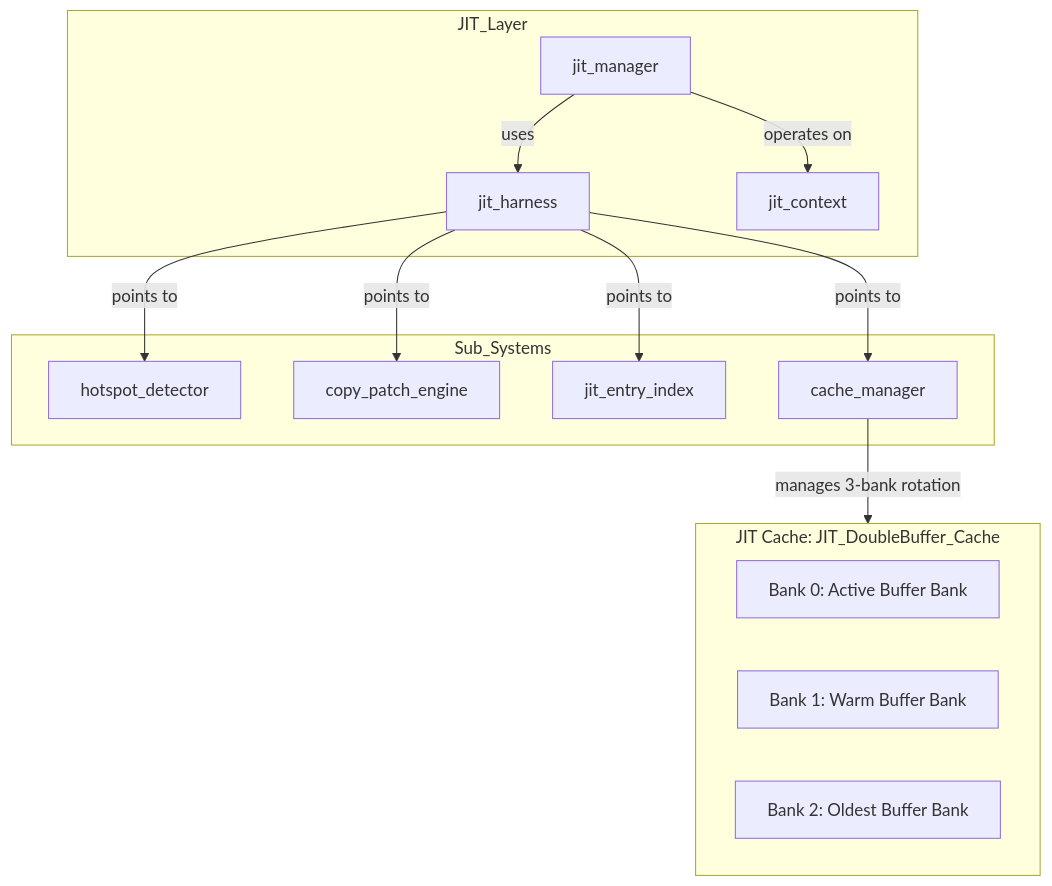
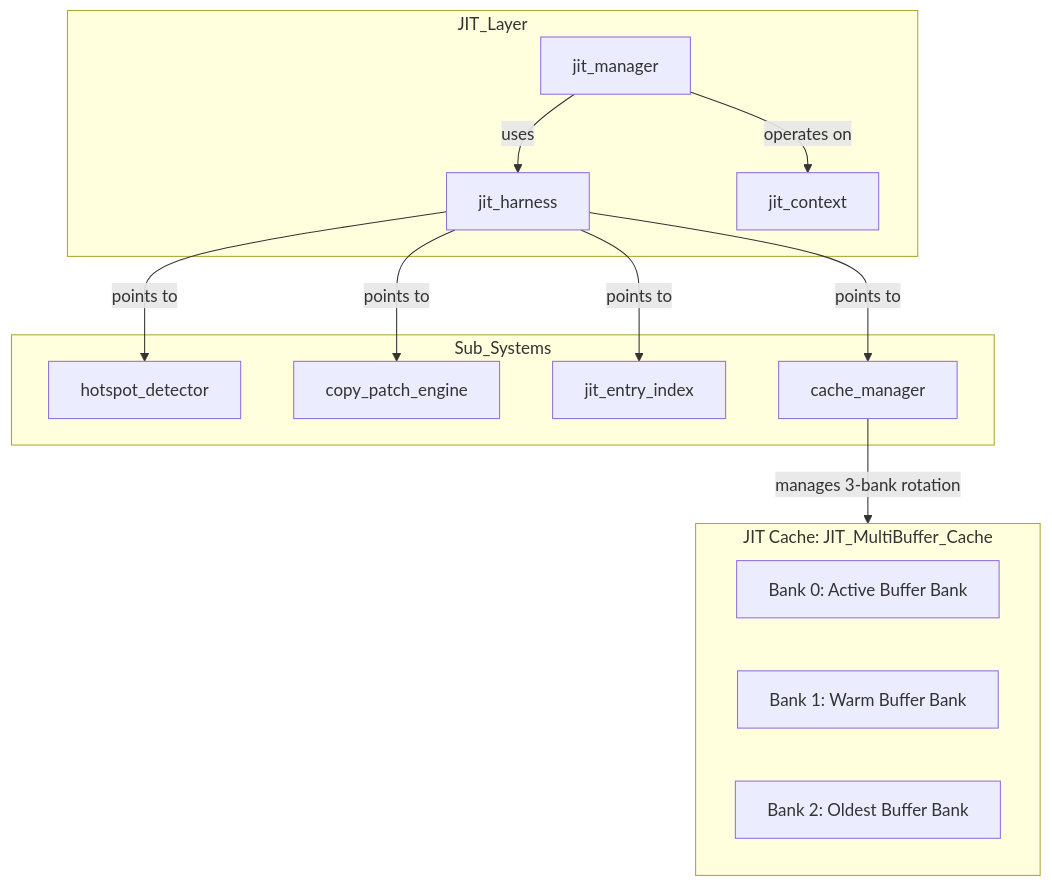
Before and after one commit to kmt-t/fireball: the first of 3 diagrams in docs/components/tier2_jit/jit_compiler.md, drawn with Mermaid. The commit also changed other lines of this file and 18 other files, not shown here.

````diff
--- a/docs/components/tier2_jit/jit_compiler.md
+++ b/docs/components/tier2_jit/jit_compiler.md
@@ -28,29 +28,29 @@
 ```mermaid
 graph TD
     subgraph JIT_Layer
         Harness[jit_harness]
         Manager[jit_manager]
         Context[jit_context]
     end
 
     subgraph Sub_Systems
         Detector[hotspot_detector]
         Engine[copy_patch_engine]
         Index[jit_entry_index]
         Cache[cache_manager]
     end
 
-    subgraph Memory_Buffers ["JIT Cache: JIT_DoubleBuffer_Cache"]
+    subgraph Memory_Buffers ["JIT Cache: JIT_MultiBuffer_Cache"]
         ActiveBuffer[Bank 0: Active Buffer Bank]
         WarmBuffer[Bank 1: Warm Buffer Bank]
         OldBuffer[Bank 2: Oldest Buffer Bank]
     end
 
     Manager -- uses --> Harness
     Harness -- points to --> Detector
     Harness -- points to --> Engine
     Harness -- points to --> Index
     Harness -- points to --> Cache
     Cache -- manages 3-bank rotation --> Memory_Buffers
     Manager -- operates on --> Context
 ```
````
